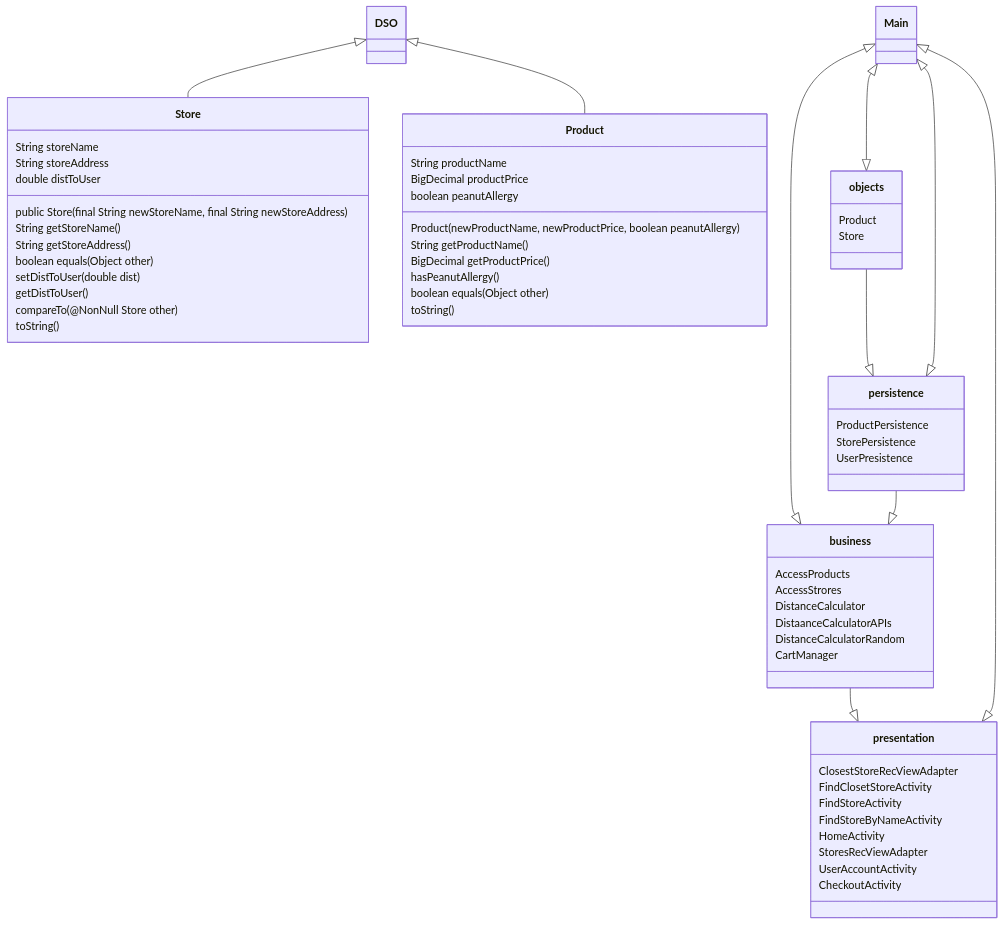
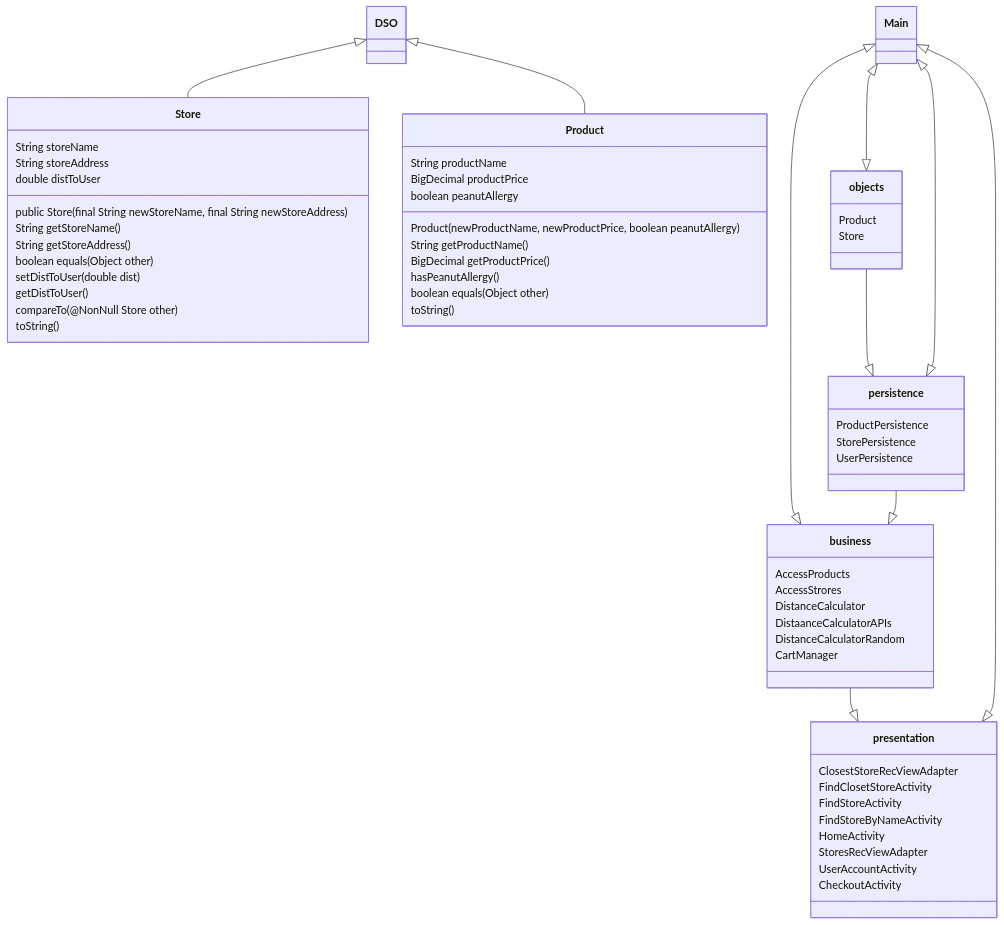
Before and after one commit to timonchen/GoCart: the diagram in ARCHITECTURE.md, drawn with Mermaid. The commit also changed other lines of this file, not shown here.

Commit message:
Replace ARCHITECTURE.md

````diff
--- a/ARCHITECTURE.md
+++ b/ARCHITECTURE.md
@@ -31,78 +31,78 @@
 ```mermaid
 classDiagram
    
     Main <|--|> business
     Main <|--|> objects
     Main <|--|> persistence 
     Main <|--|> presentation
     DSO <|-- Store
     DSO <|-- Product
     business --|> presentation
     persistence --|> business
     objects --|> persistence
     class Main{
     }
 
  class business{
 	AccessProducts
 	AccessStrores
 	DistanceCalculator
 	DistaanceCalculatorAPIs
 	DistanceCalculatorRandom
 CartManager
 
 
 }
 
 class objects{
 Product
 Store
 }
 
 class persistence{
 ProductPersistence
 StorePersistence
-UserPresistence
+UserPersistence
 }
 
 class presentation{
 ClosestStoreRecViewAdapter
 FindClosetStoreActivity
 FindStoreActivity
 FindStoreByNameActivity
 HomeActivity
 StoresRecViewAdapter
 UserAccountActivity
 CheckoutActivity
 
 }
  class DSO{
     }
 
 class Product{
 String productName
 BigDecimal productPrice
 boolean peanutAllergy
 Product(newProductName, newProductPrice, boolean peanutAllergy)
 String getProductName()
 BigDecimal getProductPrice()
 hasPeanutAllergy()
 boolean equals(Object other)
 toString()
 
 }
 
 class Store{
 String storeName
 String storeAddress
 double distToUser
 public Store(final String newStoreName, final String newStoreAddress)
 String getStoreName()
 String getStoreAddress()
 boolean equals(Object other) 
 setDistToUser(double dist)
 getDistToUser()
 compareTo(@NonNull Store other) 
 toString()
 }
 ```
````
